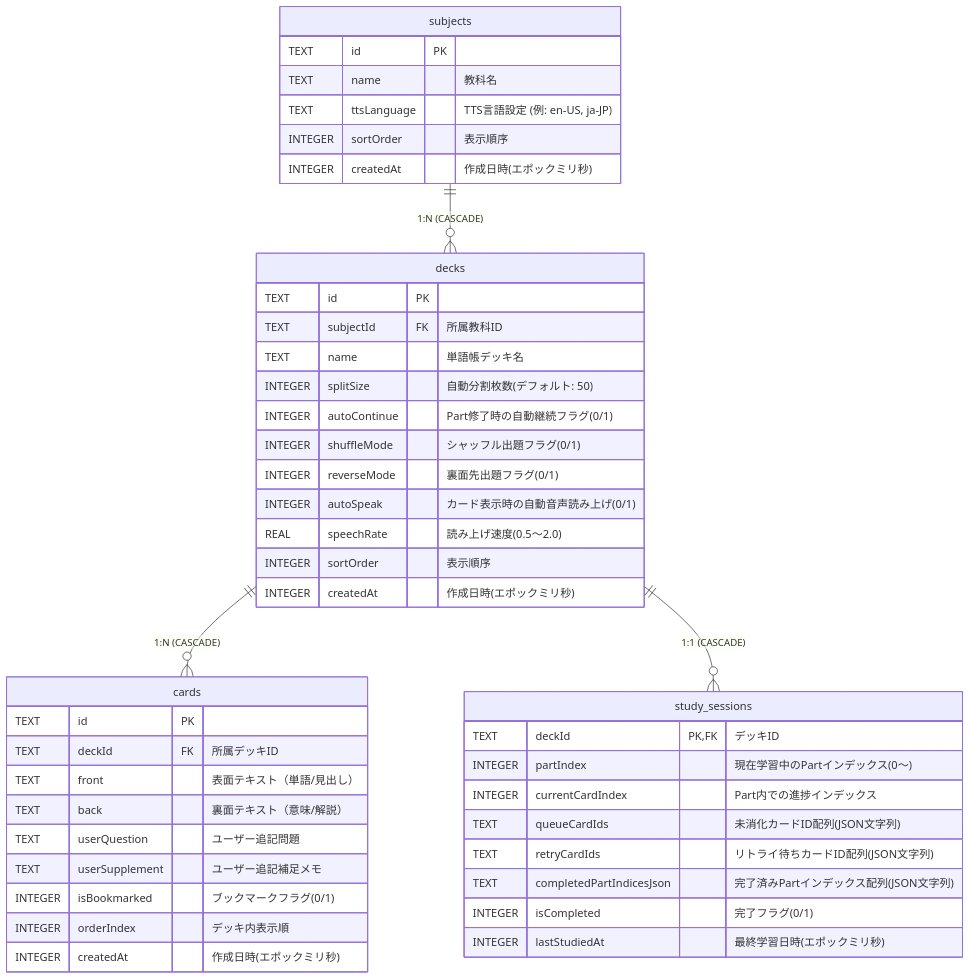
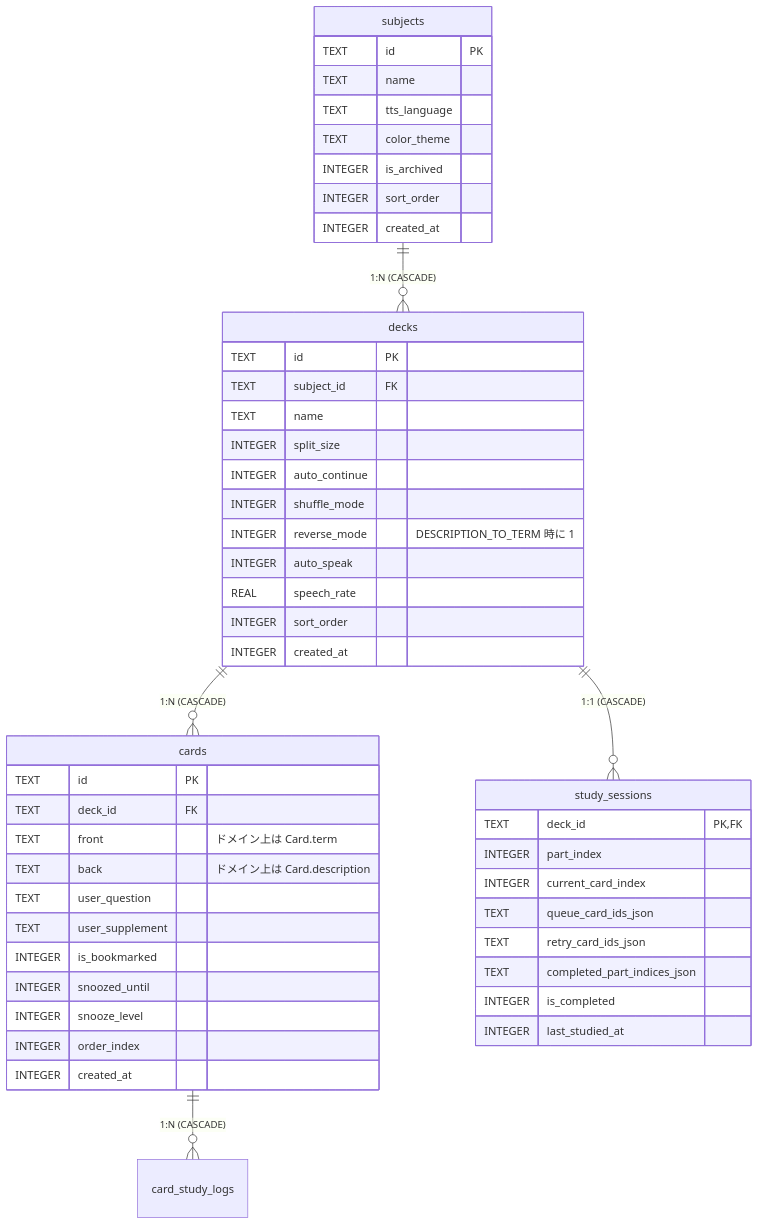
Before and after one commit to txcxjp/aidomari: the second of 2 diagrams in docs/DETAILED_DESIGN.md, drawn with Mermaid. The commit also changed other lines of this file and 4 other files, not shown here.

Commit message:
docs: update README and design docs for current architecture and tone (refs #101)

````diff
--- a/docs/DETAILED_DESIGN.md
+++ b/docs/DETAILED_DESIGN.md
@@ -142,51 +82,56 @@
 ```mermaid
 erDiagram
     subjects ||--o{ decks : "1:N (CASCADE)"
     decks ||--o{ cards : "1:N (CASCADE)"
     decks ||--o{ study_sessions : "1:1 (CASCADE)"
+    cards ||--o{ card_study_logs : "1:N (CASCADE)"
 
     subjects {
         TEXT id PK
-        TEXT name "教科名"
-        TEXT ttsLanguage "TTS言語設定 (例: en-US, ja-JP)"
-        INTEGER sortOrder "表示順序"
-        INTEGER createdAt "作成日時(エポックミリ秒)"
+        TEXT name
+        TEXT tts_language
+        TEXT color_theme
+        INTEGER is_archived
+        INTEGER sort_order
+        INTEGER created_at
     }
 
     decks {
         TEXT id PK
-        TEXT subjectId FK "所属教科ID"
-        TEXT name "単語帳デッキ名"
-        INTEGER splitSize "自動分割枚数(デフォルト: 50)"
-        INTEGER autoContinue "Part修了時の自動継続フラグ(0/1)"
-        INTEGER shuffleMode "シャッフル出題フラグ(0/1)"
-        INTEGER reverseMode "裏面先出題フラグ(0/1)"
-        INTEGER autoSpeak "カード表示時の自動音声読み上げ(0/1)"
-        REAL speechRate "読み上げ速度(0.5〜2.0)"
-        INTEGER sortOrder "表示順序"
-        INTEGER createdAt "作成日時(エポックミリ秒)"
+        TEXT subject_id FK
+        TEXT name
+        INTEGER split_size
+        INTEGER auto_continue
+        INTEGER shuffle_mode
+        INTEGER reverse_mode "DESCRIPTION_TO_TERM 時に 1"
+        INTEGER auto_speak
+        REAL speech_rate
+        INTEGER sort_order
+        INTEGER created_at
     }
 
     cards {
         TEXT id PK
-        TEXT deckId FK "所属デッキID"
-        TEXT front "表面テキスト（単語/見出し）"
-        TEXT back "裏面テキスト（意味/解説）"
-        TEXT userQuestion "ユーザー追記問題"
-        TEXT userSupplement "ユーザー追記補足メモ"
-        INTEGER isBookmarked "ブックマークフラグ(0/1)"
-        INTEGER orderIndex "デッキ内表示順"
-        INTEGER createdAt "作成日時(エポックミリ秒)"
+        TEXT deck_id FK
+        TEXT front "ドメイン上は Card.term"
+        TEXT back "ドメイン上は Card.description"
+        TEXT user_question
+        TEXT user_supplement
+        INTEGER is_bookmarked
+        INTEGER snoozed_until
+        INTEGER snooze_level
+        INTEGER order_index
+        INTEGER created_at
     }
 
     study_sessions {
-        TEXT deckId PK, FK "デッキID"
-        INTEGER partIndex "現在学習中のPartインデックス(0〜)"
-        INTEGER currentCardIndex "Part内での進捗インデックス"
-        TEXT queueCardIds "未消化カードID配列(JSON文字列)"
-        TEXT retryCardIds "リトライ待ちカードID配列(JSON文字列)"
-        TEXT completedPartIndicesJson "完了済みPartインデックス配列(JSON文字列)"
-        INTEGER isCompleted "完了フラグ(0/1)"
-        INTEGER lastStudiedAt "最終学習日時(エポックミリ秒)"
+        TEXT deck_id PK, FK
+        INTEGER part_index
+        INTEGER current_card_index
+        TEXT queue_card_ids_json
+        TEXT retry_card_ids_json
+        TEXT completed_part_indices_json
+        INTEGER is_completed
+        INTEGER last_studied_at
     }
 ```
````
